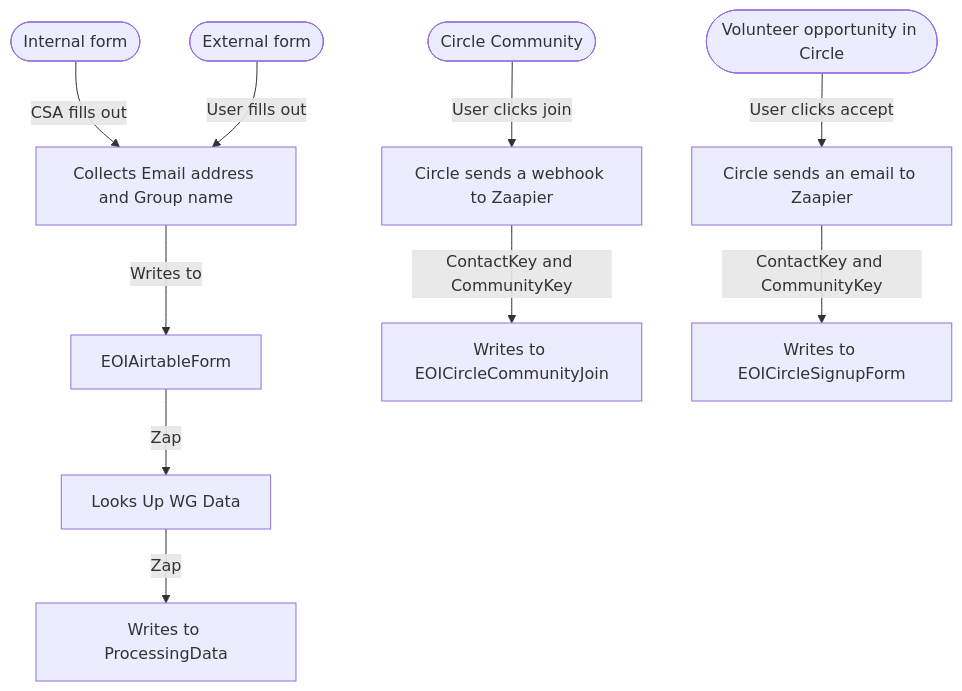
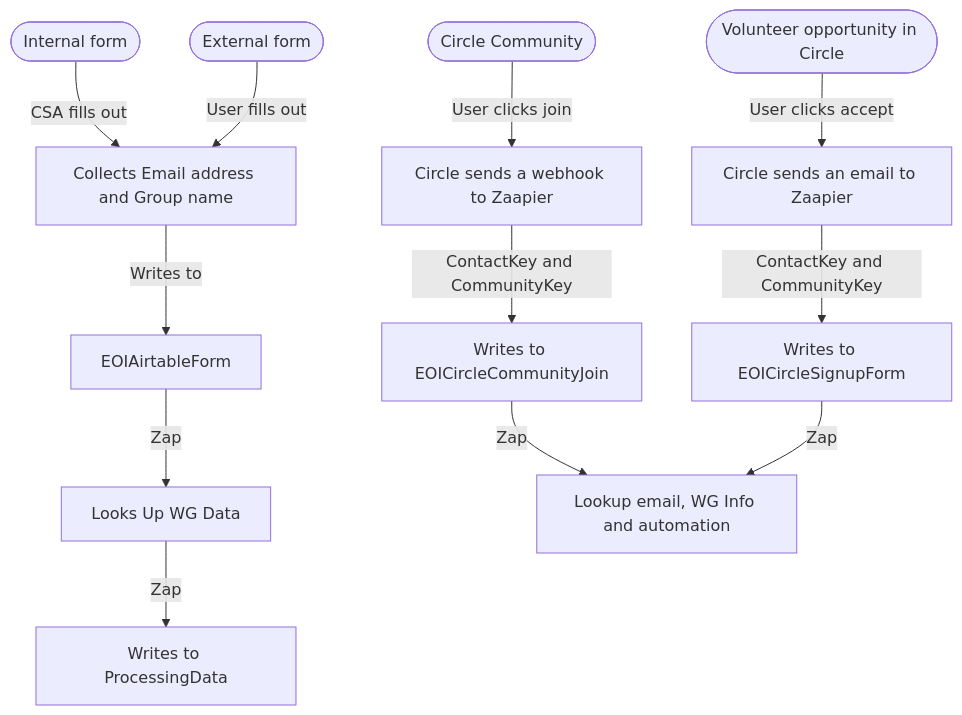
Before and after one commit to CloudSecurityAlliance/CSA-IT-Operations: the diagram in projects/WG-automation/diagram.md, drawn with Mermaid.

````diff
--- a/projects/WG-automation/diagram.md
+++ b/projects/WG-automation/diagram.md
@@ -1,25 +1,28 @@
 ```mermaid
 graph TD;
 
 
 internalForm([Internal form])
 
 externalForm([External form])
 %% requires email validation, e.g. Google forms "Collect email addresses Respondents will be required to sign in to Google"
 
 joinCommunity([Circle Community])
 joinVolunteer([Volunteer opportunity in Circle])
 
 internalForm --> |CSA fills out| collectEmailAndGroup[Collects Email address and Group name]
 externalForm --> |User fills out| collectEmailAndGroup[Collects Email address and Group name]
 collectEmailAndGroup --> |Writes to| EOIAirtableForm[EOIAirtableForm]
 EOIAirtableForm --> |Zap| LookupWGData[Looks Up WG Data]
 LookupWGData --> |Zap| WritesToProcessingData[Writes to ProcessingData]
 
 joinCommunity --> |User clicks join| CircleWebHook[Circle sends a webhook to Zaapier]
 joinVolunteer --> |User clicks accept| CircleSendsEmail[Circle sends an email to Zaapier]
 
 CircleWebHook --> |ContactKey and CommunityKey| WritesToEOICircleCommunityJoin[Writes to EOICircleCommunityJoin]
 CircleSendsEmail --> |ContactKey and CommunityKey| WritesToEOICircleSignupForm[Writes to EOICircleSignupForm]
 
+WritesToEOICircleCommunityJoin --> |Zap| LookupWGInfoAndAutomation[Lookup email, WG Info and automation]
+WritesToEOICircleSignupForm --> |Zap| LookupWGInfoAndAutomation[Lookup email, WG Info and automation]
+
 ```
````
